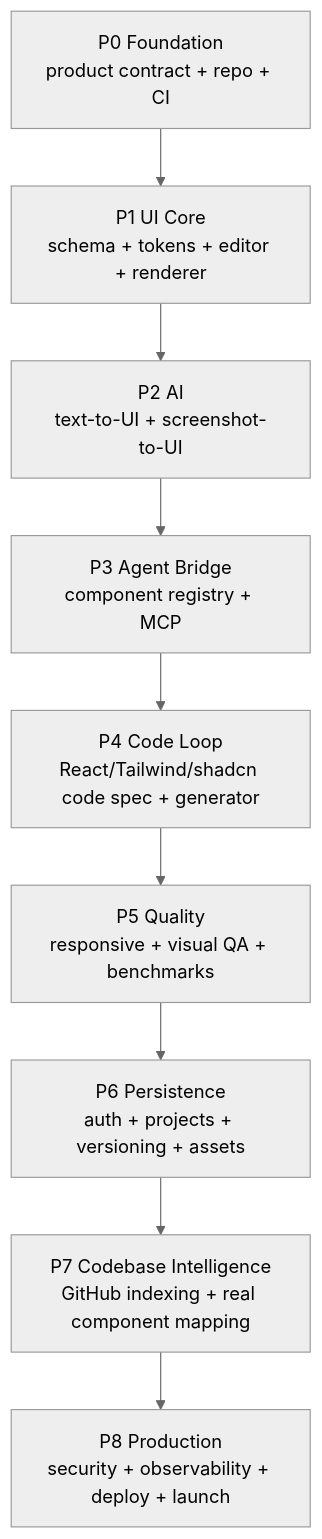
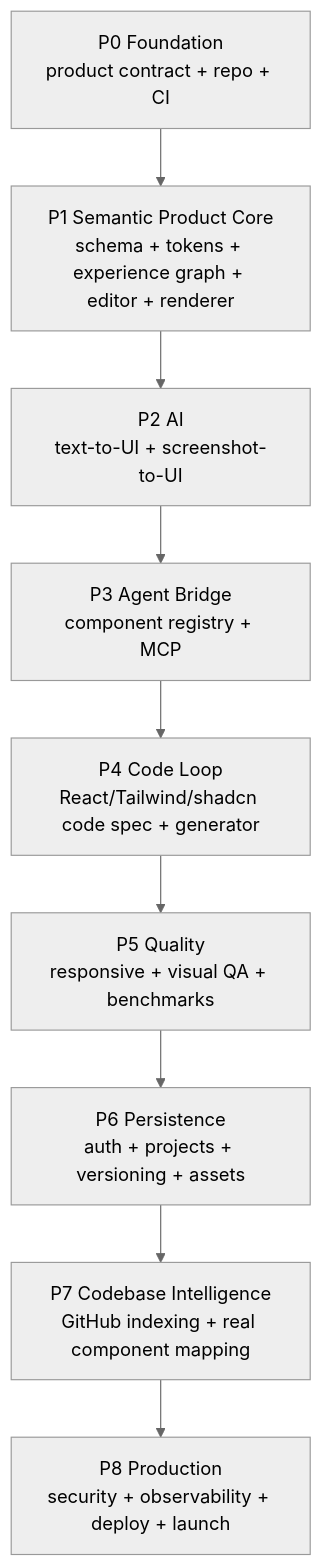
Before and after one commit to tuanpham09/UIForge: the second of 2 diagrams in README.md, drawn with Mermaid (neutral theme). The commit also changed other lines of this file, not shown here.

Commit message:
docs: add product experience graph architecture

````diff
--- a/README.md
+++ b/README.md
@@ -60,14 +63,14 @@
 ```mermaid
 flowchart TB
     P0["P0 Foundation<br/>product contract + repo + CI"]
-    P1["P1 UI Core<br/>schema + tokens + editor + renderer"]
+    P1["P1 Semantic Product Core<br/>schema + tokens + experience graph + editor + renderer"]
     P2["P2 AI<br/>text-to-UI + screenshot-to-UI"]
     P3["P3 Agent Bridge<br/>component registry + MCP"]
     P4["P4 Code Loop<br/>React/Tailwind/shadcn code spec + generator"]
     P5["P5 Quality<br/>responsive + visual QA + benchmarks"]
     P6["P6 Persistence<br/>auth + projects + versioning + assets"]
     P7["P7 Codebase Intelligence<br/>GitHub indexing + real component mapping"]
     P8["P8 Production<br/>security + observability + deploy + launch"]
 
     P0 --> P1 --> P2 --> P3 --> P4 --> P5 --> P6 --> P7 --> P8
 ```
````
